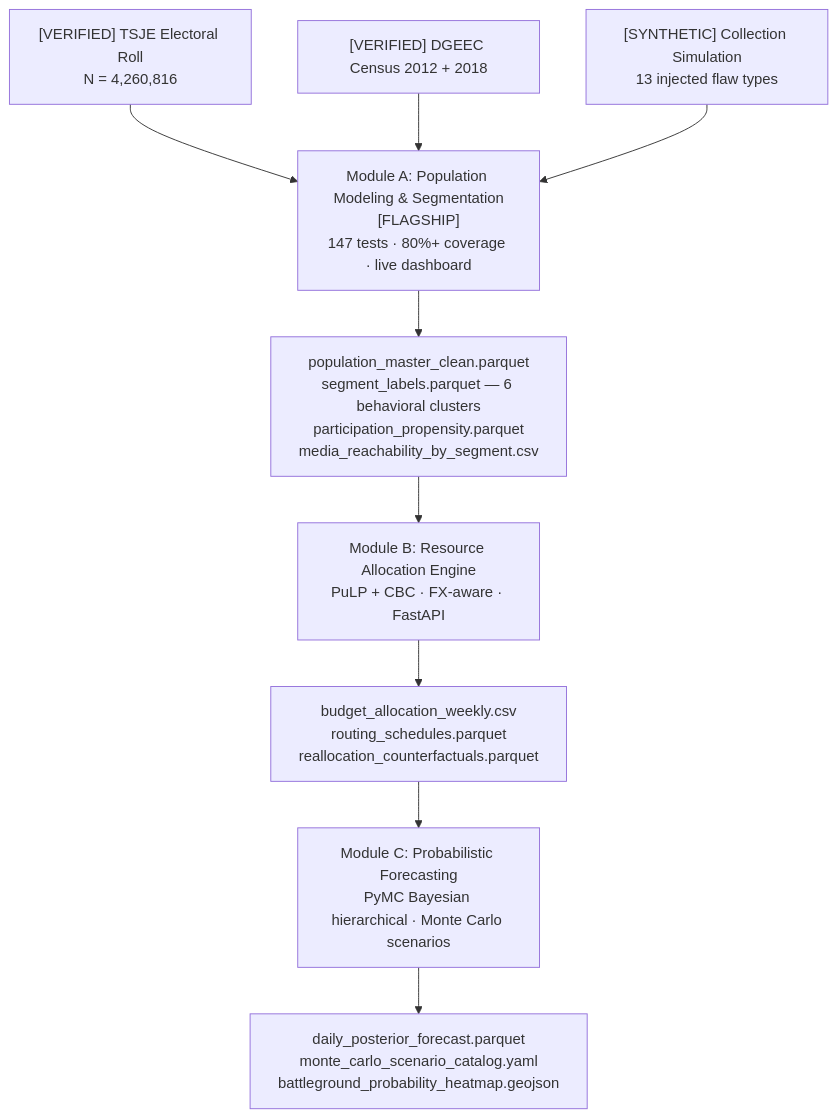
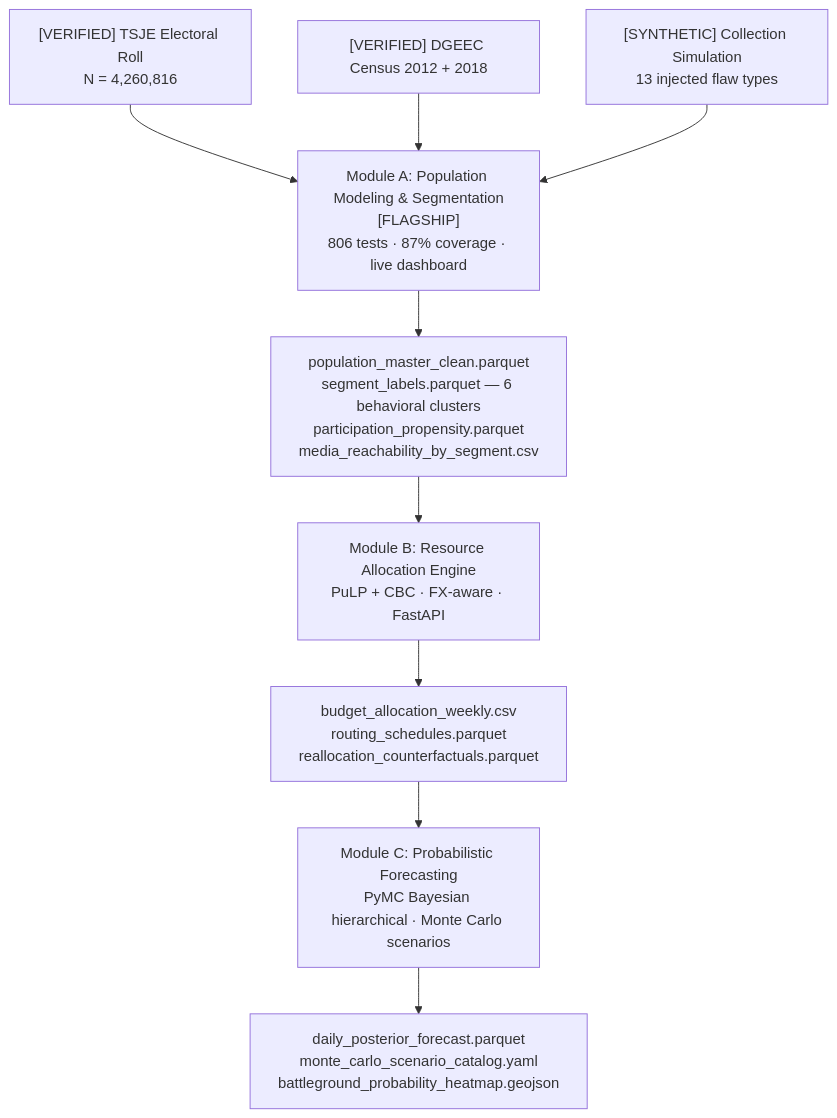
The diagram in README.md (RafaelBraga-Kribitz/decision-analytics-reconstruction), drawn with Mermaid before and after one commit. The commit also changed 12 other files, not shown here.

````diff
--- a/README.md
+++ b/README.md
@@ -88,22 +88,22 @@
 ```mermaid
 flowchart TD
     TSJE["[VERIFIED] TSJE Electoral Roll\nN = 4,260,816"]
     DGEEC["[VERIFIED] DGEEC Census 2012 + 2018"]
     SIM["[SYNTHETIC] Collection Simulation\n13 injected flaw types"]
 
     TSJE --> A
     DGEEC --> A
     SIM --> A
 
-    A["Module A: Population Modeling & Segmentation\n[FLAGSHIP]\n147 tests · 80%+ coverage · live dashboard"]
+    A["Module A: Population Modeling & Segmentation\n[FLAGSHIP]\n806 tests · 87% coverage · live dashboard"]
 
     A --> AO["population_master_clean.parquet\nsegment_labels.parquet — 6 behavioral clusters\nparticipation_propensity.parquet\nmedia_reachability_by_segment.csv"]
 
     AO --> B["Module B: Resource Allocation Engine\nPuLP + CBC · FX-aware · FastAPI"]
 
     B --> BO["budget_allocation_weekly.csv\nrouting_schedules.parquet\nreallocation_counterfactuals.parquet"]
 
     BO --> C["Module C: Probabilistic Forecasting\nPyMC Bayesian hierarchical · Monte Carlo scenarios"]
 
     C --> CO["daily_posterior_forecast.parquet\nmonte_carlo_scenario_catalog.yaml\nbattleground_probability_heatmap.geojson"]
 ```
````
